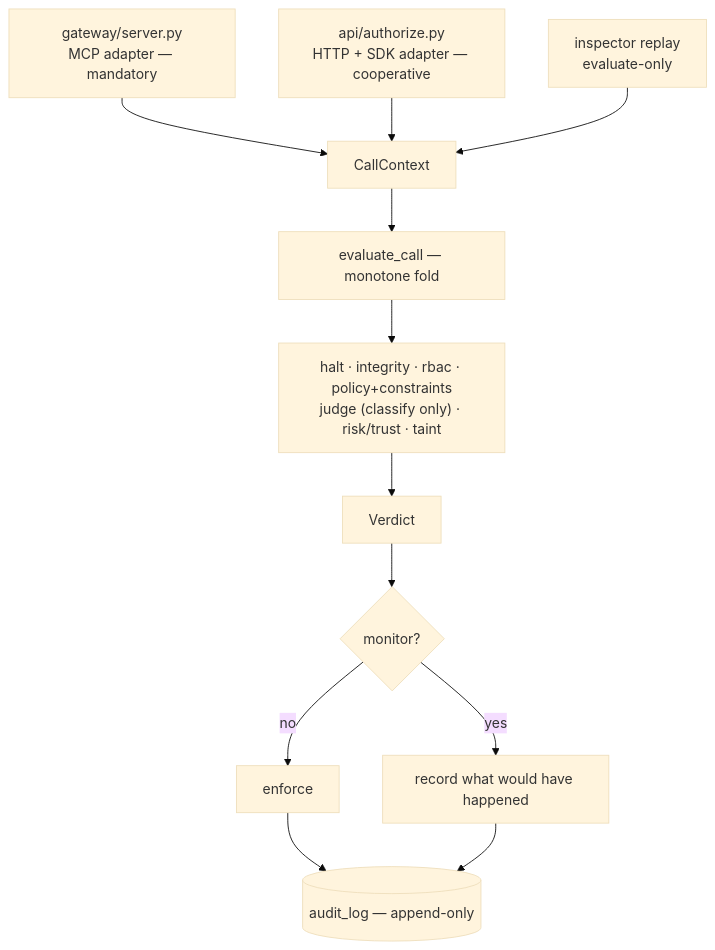
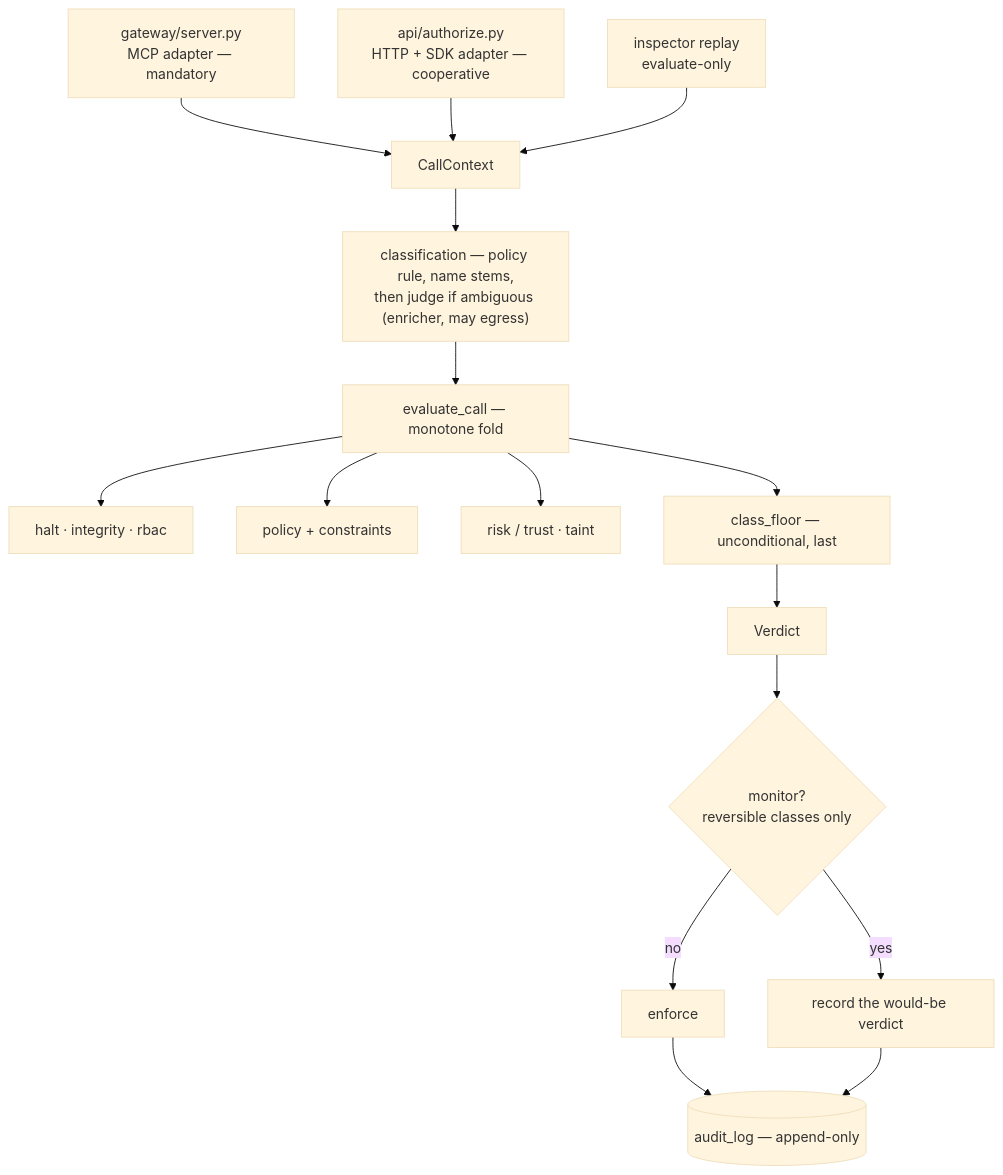
Before and after one commit to jt33120/poc-AI_guard: the first of 2 diagrams in docs/product/ARCHITECTURE-V2.5.md, drawn with Mermaid (base theme). The commit also changed other lines of this file and 2 other files, not shown here.

````diff
--- a/docs/product/ARCHITECTURE-V2.5.md
+++ b/docs/product/ARCHITECTURE-V2.5.md
@@ -60,14 +67,18 @@
 ```mermaid
 graph TD
   MCP["gateway/server.py<br/>MCP adapter — mandatory"] --> CTX["CallContext"]
   HTTP["api/authorize.py<br/>HTTP + SDK adapter — cooperative"] --> CTX
   REPLAY["inspector replay<br/>evaluate-only"] --> CTX
-  CTX --> FOLD["evaluate_call — monotone fold"]
-  FOLD --> CHAIN["halt · integrity · rbac · policy+constraints<br/>judge (classify only) · risk/trust · taint"]
-  CHAIN --> V["Verdict"]
-  V --> MON{"monitor?"}
+  CTX --> CLASS["classification — policy rule, name stems,<br/>then judge if ambiguous (enricher, may egress)"]
+  CLASS --> FOLD["evaluate_call — monotone fold"]
+  FOLD --> P1["halt · integrity · rbac"]
+  FOLD --> P2["policy + constraints"]
+  FOLD --> P3["risk / trust · taint"]
+  FOLD --> FLOOR["class_floor — unconditional, last"]
+  FLOOR --> V["Verdict"]
+  V --> MON{"monitor?<br/>reversible classes only"}
   MON -->|"no"| ENF["enforce"]
-  MON -->|"yes"| OBS["record what would have happened"]
+  MON -->|"yes"| OBS["record the would-be verdict"]
   ENF --> AUD[("audit_log — append-only")]
   OBS --> AUD
 ```
````
